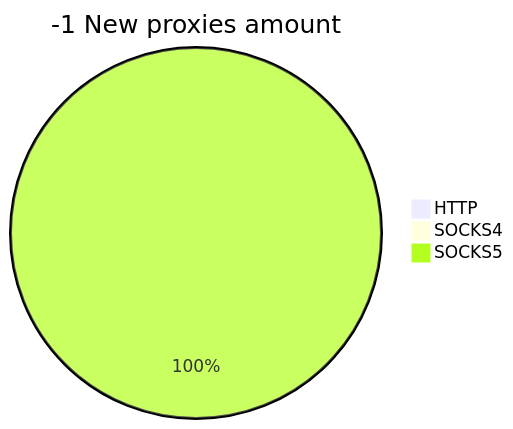
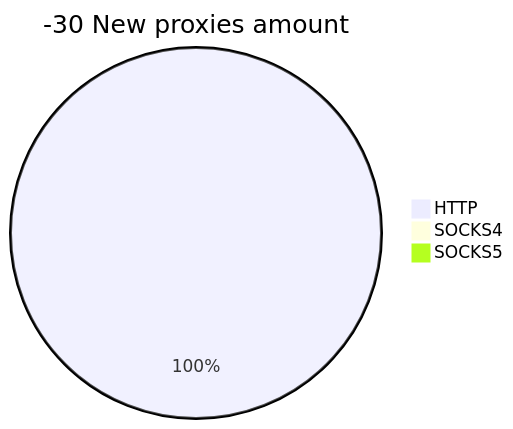
Before and after one commit to cutipu/proxylist: the second of 2 diagrams in README.md, drawn with Mermaid. The commit also changed other lines of this file, not shown here.

````diff
--- a/README.md
+++ b/README.md
@@ -10,6 +10,6 @@
 ```mermaid
-pie title -1 New proxies amount
-    "HTTP" : 0
+pie title -30 New proxies amount
+    "HTTP" : 1
     "SOCKS4" : 0
-    "SOCKS5" : 1
+    "SOCKS5" : 0
 ```
````
